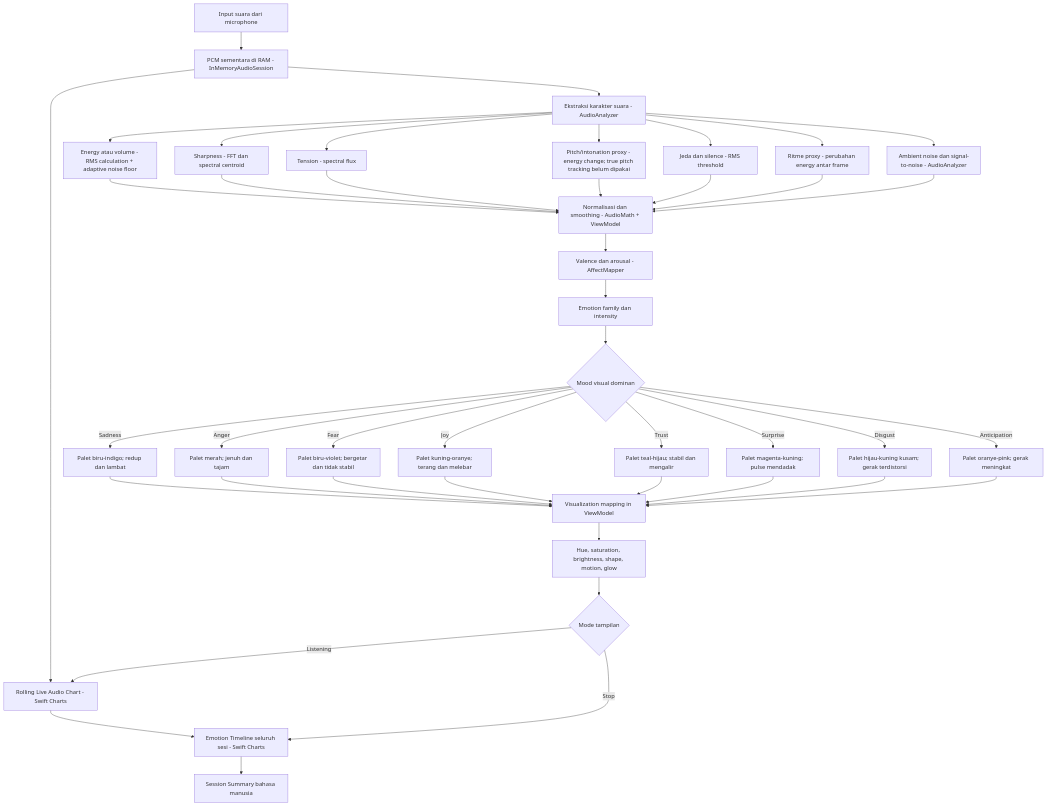
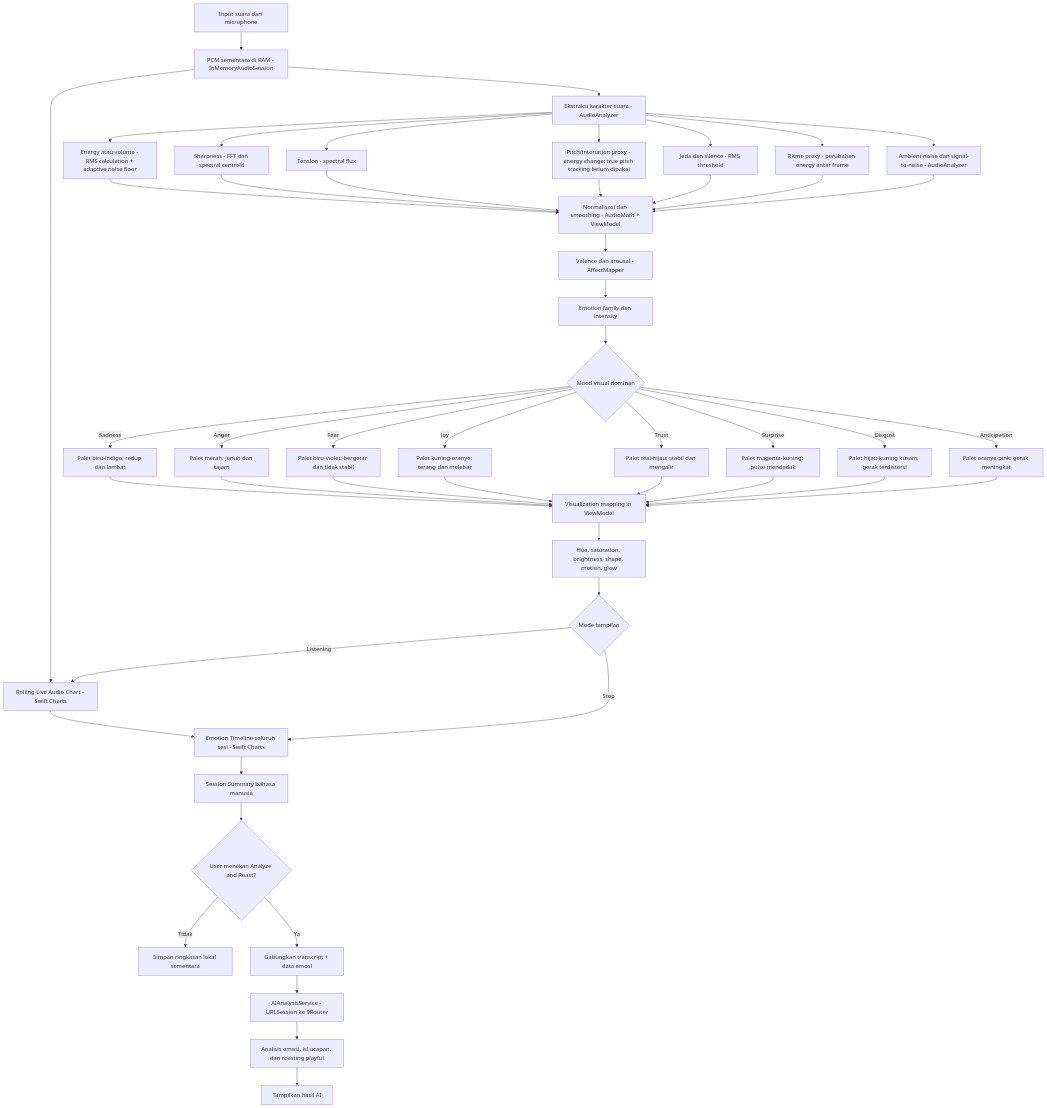
Before and after one commit to nunutech40/ConvertAudioToColor: the first of 2 diagrams in audio-to-emotion-flowcharts.md, drawn with Mermaid. The commit also changed other lines of this file and 2 other files, not shown here.

Commit message:
sync docs with transcript and AI pipeline

````diff
--- a/audio-to-emotion-flowcharts.md
+++ b/audio-to-emotion-flowcharts.md
@@ -7,51 +7,57 @@
 ```mermaid
 flowchart TD
     A[Input suara dari microphone] --> B[PCM sementara di RAM - InMemoryAudioSession]
     B --> C[Ekstraksi karakter suara - AudioAnalyzer]
     B --> Z[Replay lokal - AudioReplayService dan AVAudioPlayerNode]
     Z --> AA[Suara diputar ke speaker]
 
     C --> D[Energy atau volume - RMS calculation + adaptive noise floor]
     C --> E[Sharpness - FFT dan spectral centroid]
     C --> F[Tension - spectral flux]
     C --> G[Pitch/intonation proxy - energy change; true pitch tracking belum dipakai]
     C --> H[Jeda dan silence - RMS threshold]
     C --> I[Ritme proxy - perubahan energy antar frame]
     C --> J[Ambient noise dan signal-to-noise - AudioAnalyzer]
 
     D --> K[Normalisasi dan smoothing - AudioMath + ViewModel]
     E --> K
     F --> K
     G --> K
     H --> K
     I --> K
     J --> K
 
     K --> L[Valence dan arousal - AffectMapper]
     L --> M[Emotion family dan intensity]
 
     M --> N{Mood visual dominan}
     N -- Sadness --> O[Palet biru-indigo; redup dan lambat]
     N -- Anger --> P[Palet merah; jenuh dan tajam]
     N -- Fear --> Q[Palet biru-violet; bergetar dan tidak stabil]
     N -- Joy --> R[Palet kuning-oranye; terang dan melebar]
     N -- Trust --> S[Palet teal-hijau; stabil dan mengalir]
     N -- Surprise --> T[Palet magenta-kuning; pulse mendadak]
     N -- Disgust --> U[Palet hijau-kuning kusam; gerak terdistorsi]
     N -- Anticipation --> V[Palet oranye-pink; gerak meningkat]
 
     O --> W[Visualization mapping in ViewModel]
     P --> W
     Q --> W
     R --> W
     S --> W
     T --> W
     U --> W
     V --> W
 
     W --> X[Hue, saturation, brightness, shape, motion, glow]
     X --> Y{Mode tampilan}
     Y -- Listening --> Z[Rolling Live Audio Chart - Swift Charts]
     Y -- Stop --> AA[Emotion Timeline seluruh sesi - Swift Charts]
     AA --> AB[Session Summary bahasa manusia]
+    AB --> AC{User menekan Analyze and Roast?}
+    AC -- Tidak --> AD[Simpan ringkasan lokal sementara]
+    AC -- Ya --> AE[Gabungkan transcript + data emosi]
+    AE --> AF[AIAnalysisService - URLSession ke 9Router]
+    AF --> AG[Analisis emosi, isi ucapan, dan roasting playful]
+    AG --> AH[Tampilkan hasil AI]
 ```
````
